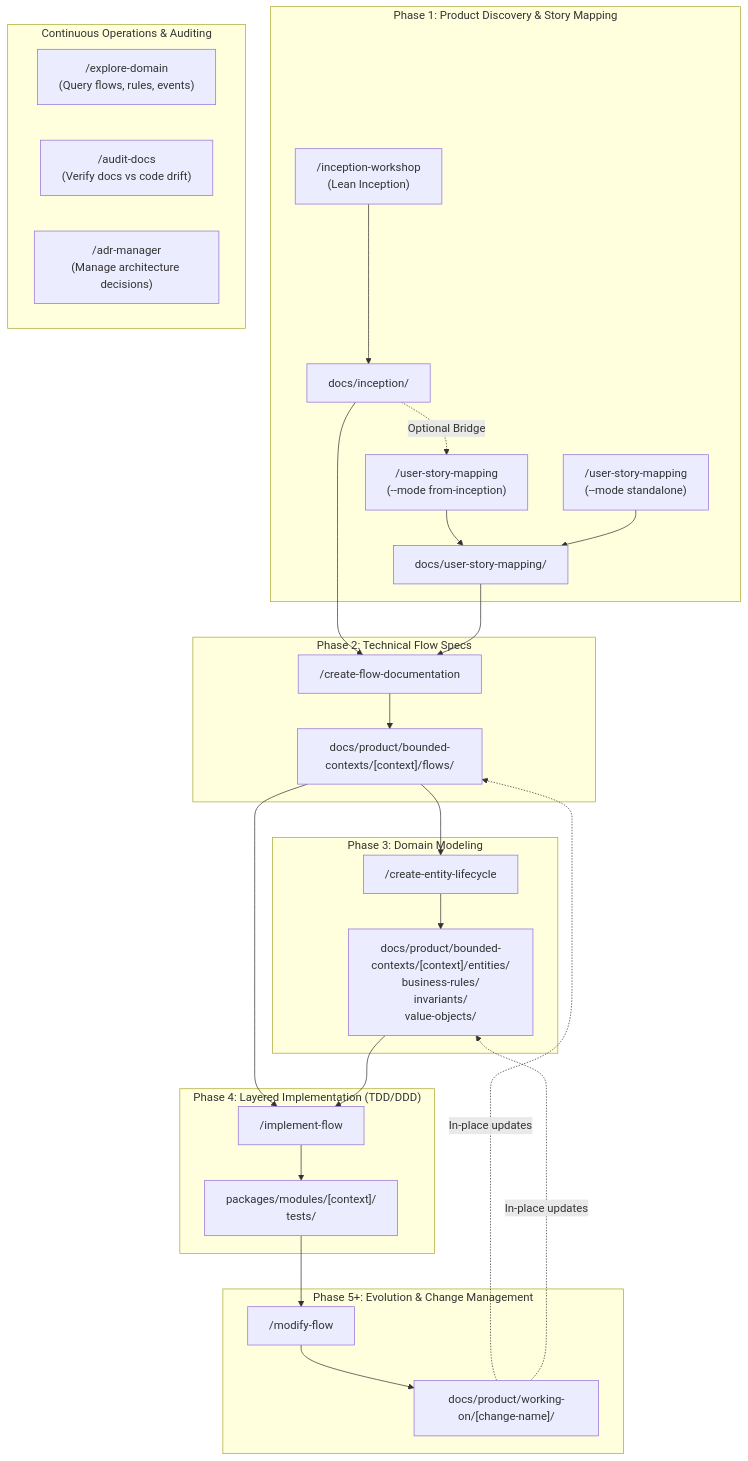
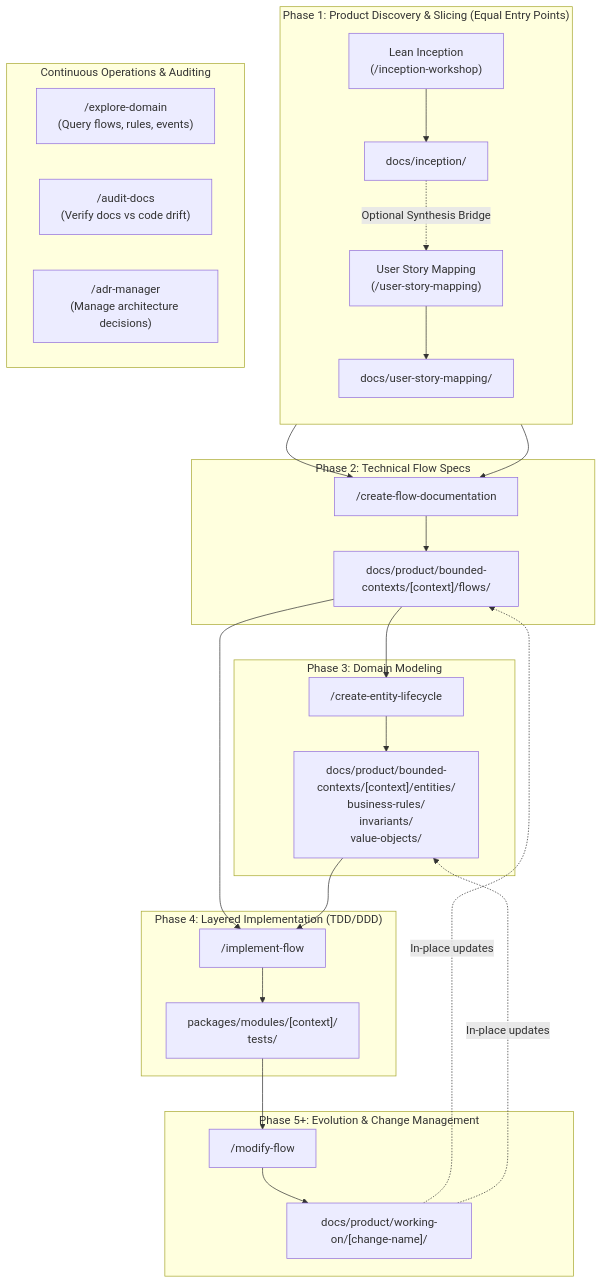
Before and after one commit to faparicior/SessioFlow: the diagram in docs/SDLC-WORKFLOW-DIRECTORY.md, drawn with Mermaid. The commit also changed other lines of this file and 244 other files, not shown here.

````diff
--- a/docs/SDLC-WORKFLOW-DIRECTORY.md
+++ b/docs/SDLC-WORKFLOW-DIRECTORY.md
@@ -11,36 +11,36 @@
 ```mermaid
 flowchart TD
-    subgraph Discovery ["Phase 1: Product Discovery & Story Mapping"]
-        P1["/inception-workshop\n(Lean Inception)"] --> D1["docs/inception/"]
-        D1 -. Optional Bridge .-> P1b["/user-story-mapping\n(--mode from-inception)"]
-        P1b --> D1b["docs/user-story-mapping/"]
-        P1c["/user-story-mapping\n(--mode standalone)"] --> D1b
+    subgraph Discovery ["Phase 1: Product Discovery & Slicing (Equal Entry Points)"]
+        direction TB
+        P1["Lean Inception\n(/inception-workshop)"] --> D1["docs/inception/"]
+        P1b["User Story Mapping\n(/user-story-mapping)"] --> D1b["docs/user-story-mapping/"]
+        D1 -. Optional Synthesis Bridge .-> P1b
     end
 
     subgraph Specs ["Phase 2: Technical Flow Specs"]
         D1 & D1b --> P2["/create-flow-documentation"]
         P2 --> D2["docs/product/bounded-contexts/[context]/flows/"]
     end
 
     subgraph DomainModel ["Phase 3: Domain Modeling"]
         D2 --> P3["/create-entity-lifecycle"]
         P3 --> D3["docs/product/bounded-contexts/[context]/entities/\nbusiness-rules/\ninvariants/\nvalue-objects/"]
     end
 
     subgraph Implementation ["Phase 4: Layered Implementation (TDD/DDD)"]
         D2 & D3 --> P4["/implement-flow"]
         P4 --> D4["packages/modules/[context]/\ntests/"]
     end
 
     subgraph Evolution ["Phase 5+: Evolution & Change Management"]
         D4 --> P5["/modify-flow"]
         P5 --> D5["docs/product/working-on/[change-name]/"]
         D5 -. In-place updates .-> D2 & D3
     end
 
     subgraph Operations ["Continuous Operations & Auditing"]
         O1["/explore-domain\n(Query flows, rules, events)"]
         O2["/audit-docs\n(Verify docs vs code drift)"]
         O3["/adr-manager\n(Manage architecture decisions)"]
     end
 ```
````
